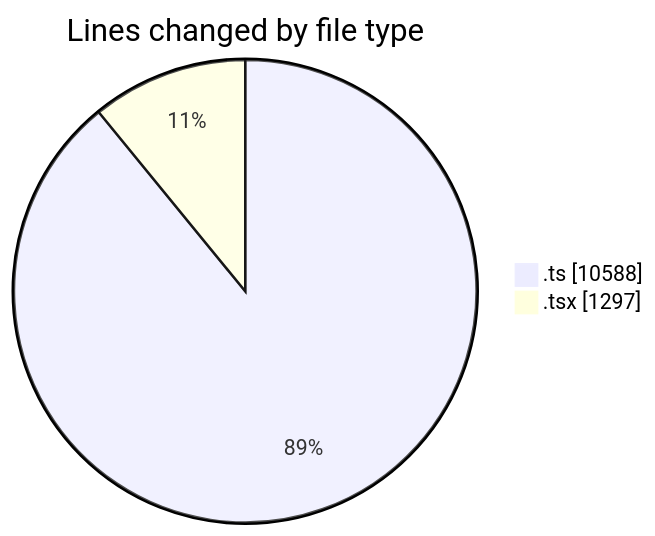
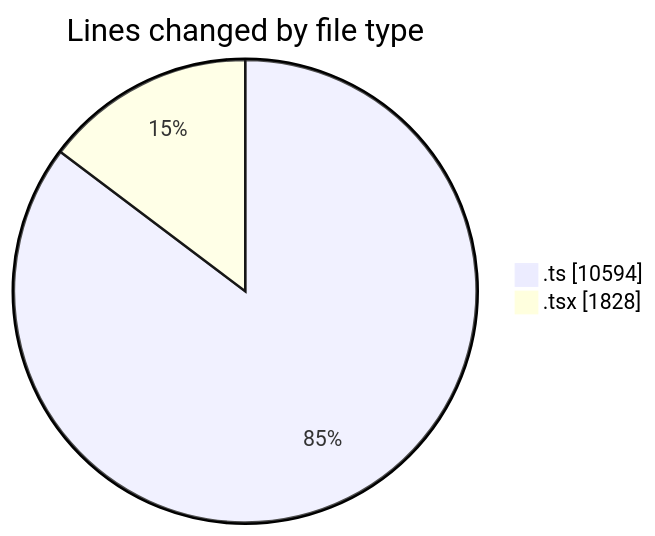
The first of 2 diagrams in 2025-06-11/cda/README.md (momahboobian/code-tracking), drawn with Mermaid before and after one commit. The commit also changed other lines of this file and 1 other file, not shown here.

````diff
--- a/2025-06-11/cda/README.md
+++ b/2025-06-11/cda/README.md
@@ -28,6 +31,6 @@
 ```mermaid
 pie showData
 title Lines changed by file type
-".ts" : 10588
-".tsx" : 1297
+".ts" : 10594
+".tsx" : 1828
 ```
````
